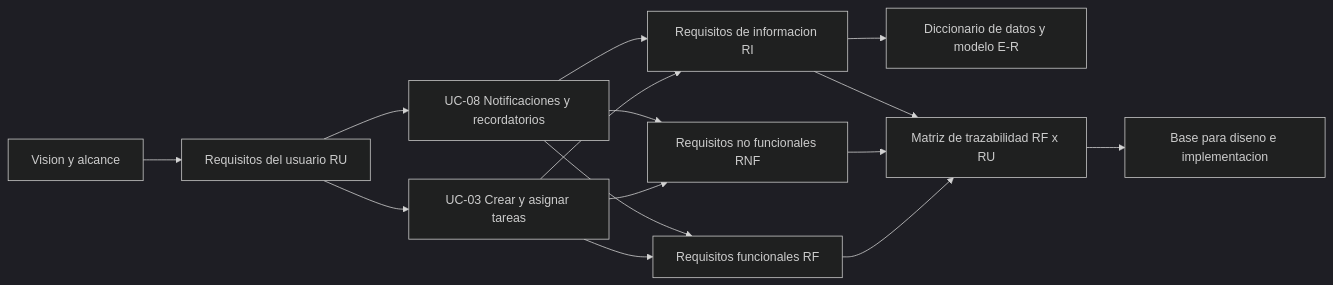
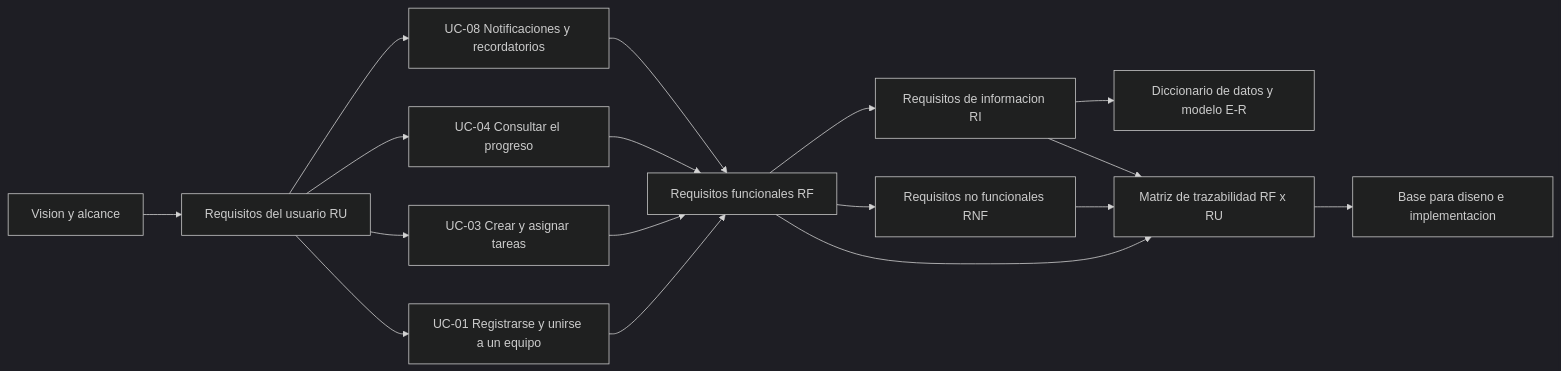
Before and after one commit to AlejoTechEngineer/nexuscampus-srs-ieee830: the second of 2 diagrams in README.md, drawn with Mermaid (dark theme). The commit also changed other lines of this file, not shown here.

````diff
--- a/README.md
+++ b/README.md
@@ -122,17 +126,19 @@
 ```mermaid
 flowchart LR
     P["Vision y alcance"] --> Q["Requisitos del usuario RU"]
-    Q --> R["UC-03 Crear y asignar tareas"]
-    Q --> S["UC-08 Notificaciones y recordatorios"]
-    R --> T["Requisitos funcionales RF"]
-    S --> T
-    R --> U["Requisitos no funcionales RNF"]
-    S --> U
-    R --> V["Requisitos de informacion RI"]
-    S --> V
+    Q --> R1["UC-01 Registrarse y unirse a un equipo"]
+    Q --> R2["UC-03 Crear y asignar tareas"]
+    Q --> R3["UC-04 Consultar el progreso"]
+    Q --> R4["UC-08 Notificaciones y recordatorios"]
+    R1 --> T["Requisitos funcionales RF"]
+    R2 --> T
+    R3 --> T
+    R4 --> T
+    T --> U["Requisitos no funcionales RNF"]
+    T --> V["Requisitos de informacion RI"]
     V --> W["Diccionario de datos y modelo E-R"]
     T --> X["Matriz de trazabilidad RF x RU"]
     U --> X
     V --> X
     X --> Y["Base para diseno e implementacion"]
 ```
````
